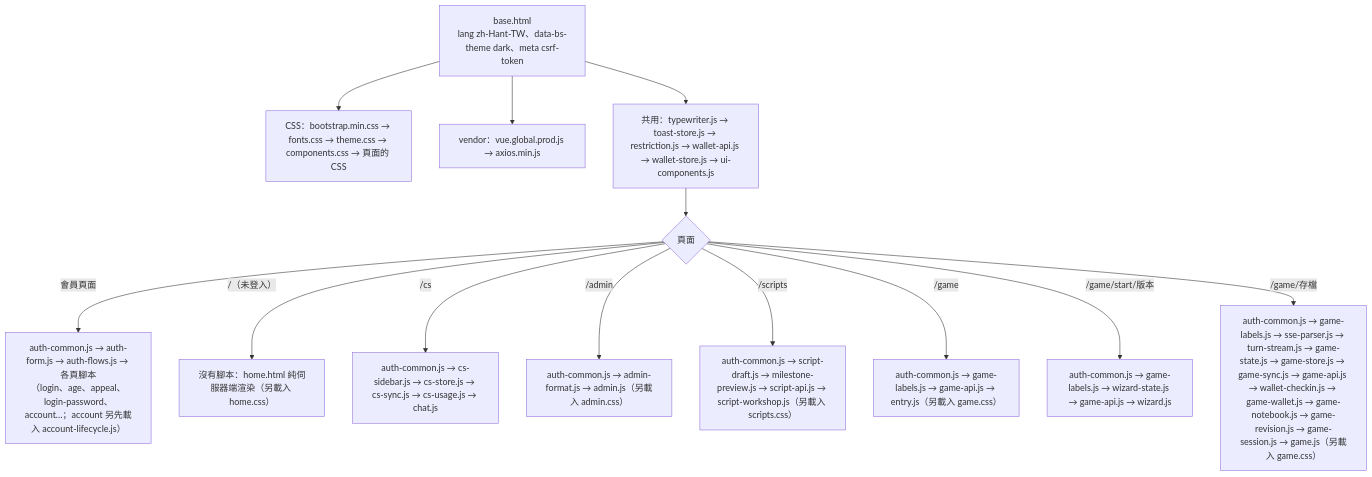
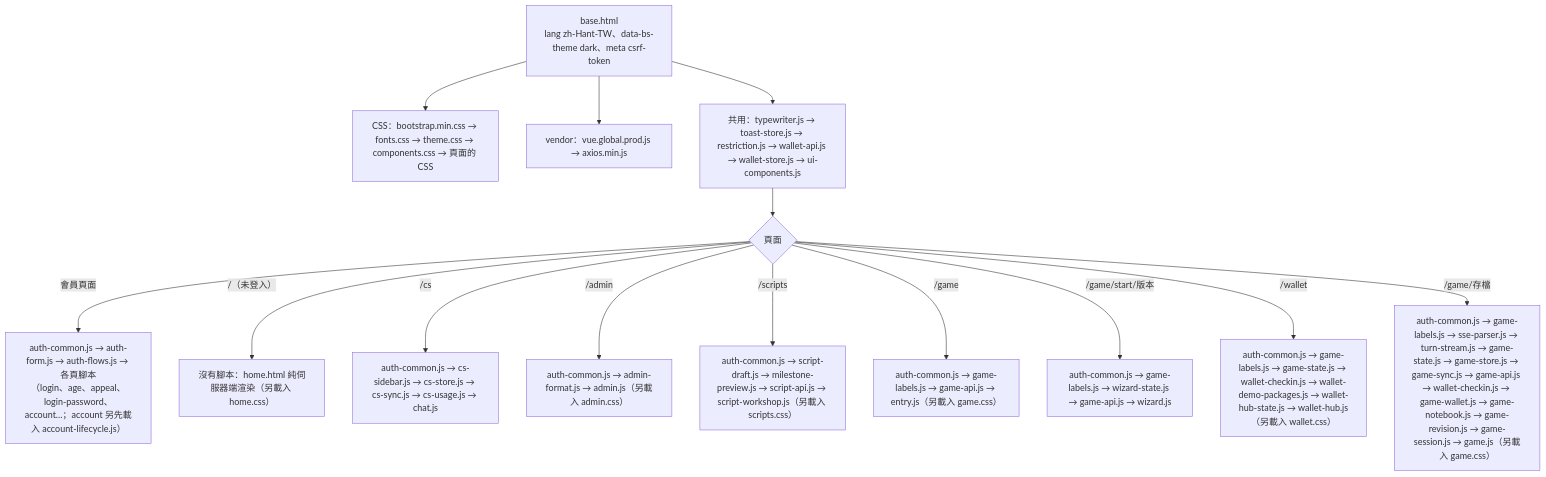
The first of 13 diagrams in docs/前端結構-frontend.md (pp466pp466/R.A.C), drawn with Mermaid before and after one commit. The commit also changed other lines of this file and 6 other files, not shown here.

First line of the commit message:
wallet-hub 第 5 批：手機與架構守門、全套測試、設計文件與驗收紀錄（任務 4.1–4.5）

````diff
--- a/docs/前端結構-frontend.md
+++ b/docs/前端結構-frontend.md
@@ -11,16 +12,17 @@
 ```mermaid
 flowchart TD
     Base["base.html<br/>lang zh-Hant-TW、data-bs-theme dark、meta csrf-token"]
     Base --> Css["CSS：bootstrap.min.css → fonts.css → theme.css → components.css → 頁面的 CSS"]
     Base --> Vendor["vendor：vue.global.prod.js → axios.min.js"]
     Base --> Ui["共用：typewriter.js → toast-store.js → restriction.js → wallet-api.js → wallet-store.js → ui-components.js"]
     Ui --> Page{"頁面"}
     Page -->|"會員頁面"| Auth["auth-common.js → auth-form.js → auth-flows.js → 各頁腳本<br/>（login、age、appeal、login-password、account…；account 另先載入 account-lifecycle.js）"]
     Page -->|"/（未登入）"| Home["沒有腳本：home.html 純伺服器端渲染（另載入 home.css）"]
     Page -->|"/cs"| Cs["auth-common.js → cs-sidebar.js → cs-store.js → cs-sync.js → cs-usage.js → chat.js"]
     Page -->|"/admin"| Adm["auth-common.js → admin-format.js → admin.js（另載入 admin.css）"]
     Page -->|"/scripts"| Scr["auth-common.js → script-draft.js → milestone-preview.js → script-api.js → script-workshop.js（另載入 scripts.css）"]
     Page -->|"/game"| Gm["auth-common.js → game-labels.js → game-api.js → entry.js（另載入 game.css）"]
     Page -->|"/game/start/版本"| Wzd["auth-common.js → game-labels.js → wizard-state.js → game-api.js → wizard.js"]
+    Page -->|"/wallet"| Wlt["auth-common.js → game-labels.js → game-state.js → wallet-checkin.js → wallet-demo-packages.js → wallet-hub-state.js → wallet-hub.js（另載入 wallet.css）"]
     Page -->|"/game/存檔"| Gsv["auth-common.js → game-labels.js → sse-parser.js → turn-stream.js → game-state.js → game-store.js → game-sync.js → game-api.js → wallet-checkin.js → game-wallet.js → game-notebook.js → game-revision.js → game-session.js → game.js（另載入 game.css）"]
 ```
````
